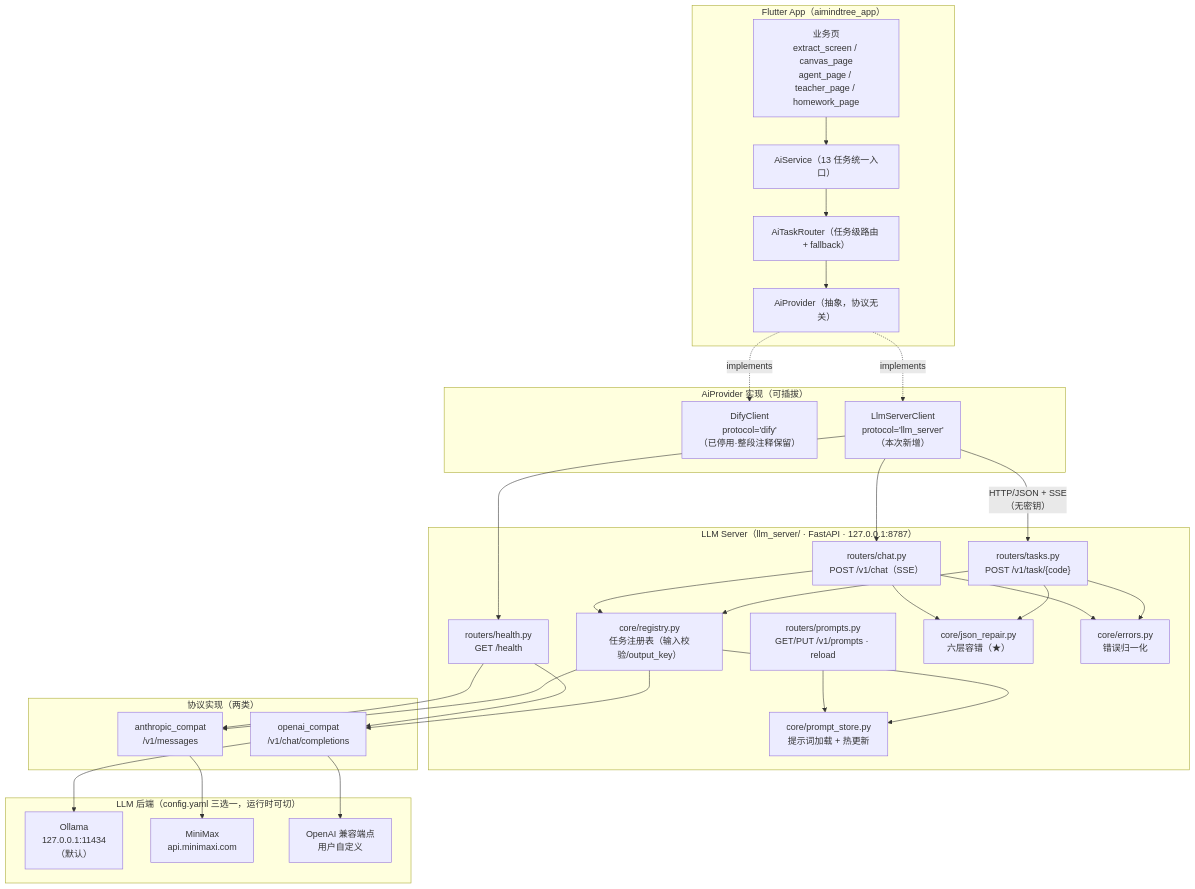
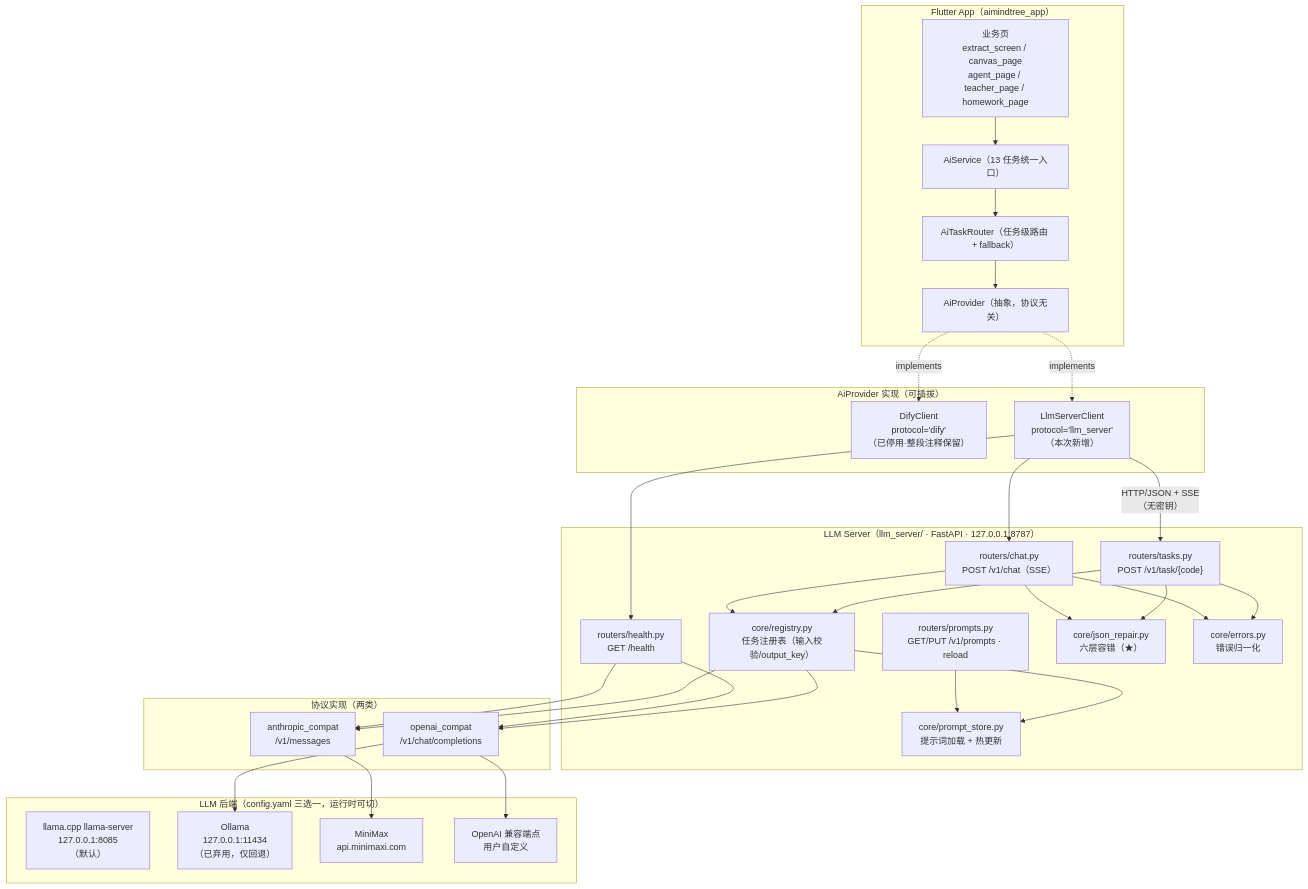
One commit to duyongjian/AIMindTree changed the first of 6 diagrams in docs/DESIGN_LLM_SERVER.md. Above: the diagram before and after it, drawn with Mermaid. The commit also changed other lines of this file and 12 other files, not shown here.

First line of the commit message:
feat(llm): 新增 llama_cpp 后端并设为默认，改造启动脚本去掉 Ollama 依赖

````diff
--- a/docs/DESIGN_LLM_SERVER.md
+++ b/docs/DESIGN_LLM_SERVER.md
@@ -80,58 +80,59 @@
 ```mermaid
 flowchart TB
     subgraph APP["Flutter App（aimindtree_app）"]
         UI["业务页<br/>extract_screen / canvas_page<br/>agent_page / teacher_page / homework_page"]
         SVC["AiService（13 任务统一入口）"]
         RT["AiTaskRouter（任务级路由 + fallback）"]
         PROV["AiProvider（抽象，协议无关）"]
         UI --> SVC --> RT --> PROV
     end
 
     subgraph CLIENT["AiProvider 实现（可插拔）"]
         DIFY["DifyClient<br/>protocol='dify'<br/>（已停用·整段注释保留）"]
         LLM["LlmServerClient<br/>protocol='llm_server'<br/>（本次新增）"]
     end
 
     subgraph SERVER["LLM Server（llm_server/ · FastAPI · 127.0.0.1:8787）"]
         R1["routers/tasks.py<br/>POST /v1/task/{code}"]
         R2["routers/chat.py<br/>POST /v1/chat（SSE）"]
         R3["routers/prompts.py<br/>GET/PUT /v1/prompts · reload"]
         R4["routers/health.py<br/>GET /health"]
         REG["core/registry.py<br/>任务注册表（输入校验/output_key）"]
         PS["core/prompt_store.py<br/>提示词加载 + 热更新"]
         JR["core/json_repair.py<br/>六层容错（★）"]
         ER["core/errors.py<br/>错误归一化"]
     end
 
     subgraph PROTO["协议实现（两类）"]
         P1["openai_compat<br/>/v1/chat/completions"]
         P2["anthropic_compat<br/>/v1/messages"]
     end
 
     subgraph BE["LLM 后端（config.yaml 三选一，运行时可切）"]
-        OLL["Ollama<br/>127.0.0.1:11434<br/>（默认）"]
+        LL["llama.cpp llama-server<br/>127.0.0.1:8085<br/>（默认）"]
+        OLL["Ollama<br/>127.0.0.1:11434<br/>（已弃用，仅回退）"]
         MM["MiniMax<br/>api.minimaxi.com"]
         OAI["OpenAI 兼容端点<br/>用户自定义"]
     end
 
     PROV -.implements.-> LLM
     PROV -.implements.-> DIFY
     LLM -->|"HTTP/JSON + SSE<br/>（无密钥）"| R1
     LLM --> R2
     LLM --> R4
     R1 --> REG
     R2 --> REG
     REG --> PS
     R1 --> JR
     R2 --> JR
     R1 --> ER
     R2 --> ER
     REG --> P1
     REG --> P2
     P1 --> OLL
     P1 --> OAI
     P2 --> MM
     R3 --> PS
     R4 --> P1
     R4 --> P2
 ```
````
